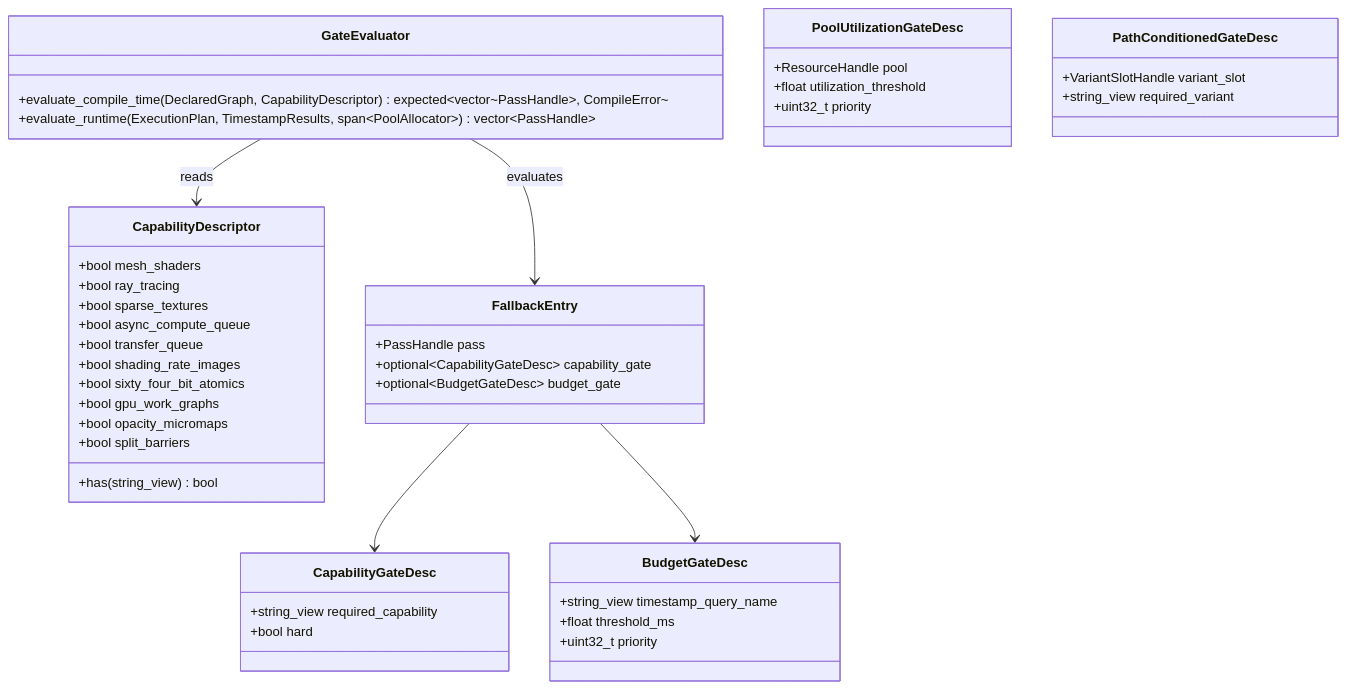
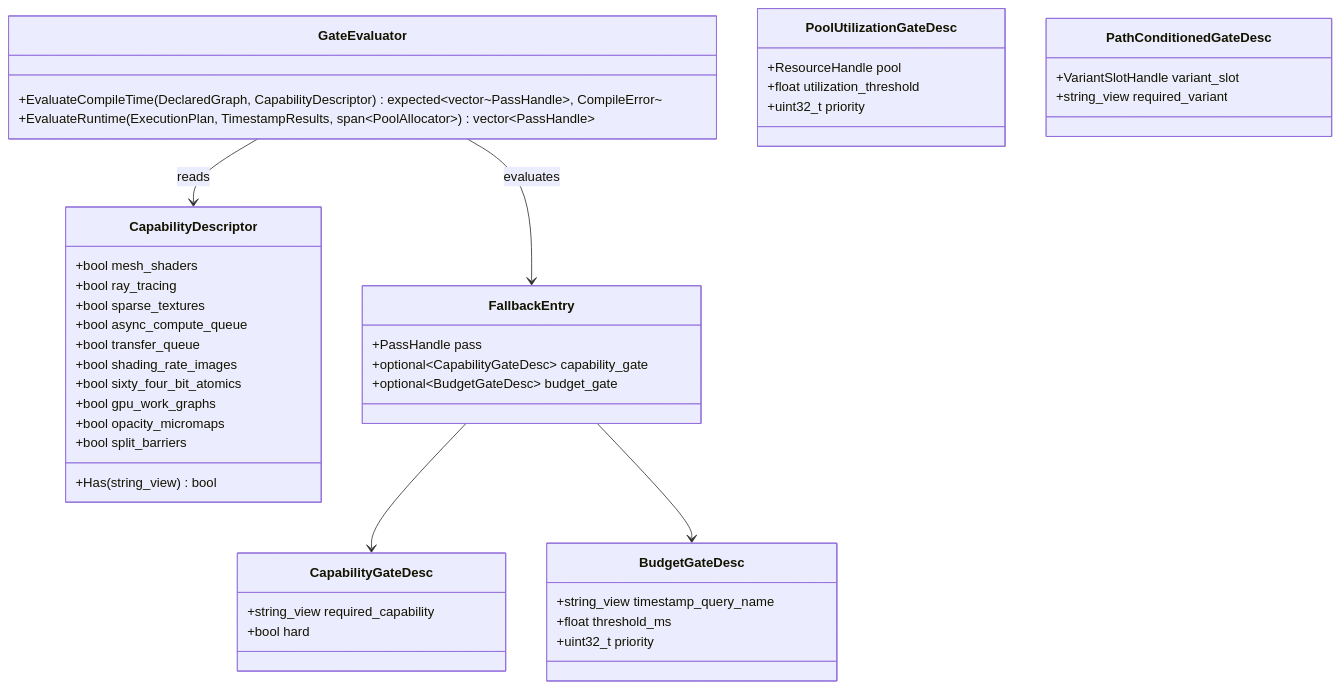
One commit to harmonius-dev/harmonius changed the sixth of 15 diagrams in docs/design/render-graph-classes.md. Above: the diagram before and after it, drawn with Mermaid. The commit also changed other lines of this file and 67 other files, not shown here.

````diff
--- a/docs/design/render-graph-classes.md
+++ b/docs/design/render-graph-classes.md
@@ -559,48 +559,48 @@
 ```mermaid
 classDiagram
     class GateEvaluator {
-        +evaluate_compile_time(DeclaredGraph, CapabilityDescriptor) expected~vector~PassHandle~, CompileError~
-        +evaluate_runtime(ExecutionPlan, TimestampResults, span~PoolAllocator~) vector~PassHandle~
+        +EvaluateCompileTime(DeclaredGraph, CapabilityDescriptor) expected~vector~PassHandle~, CompileError~
+        +EvaluateRuntime(ExecutionPlan, TimestampResults, span~PoolAllocator~) vector~PassHandle~
     }
     class CapabilityDescriptor {
         +bool mesh_shaders
         +bool ray_tracing
         +bool sparse_textures
         +bool async_compute_queue
         +bool transfer_queue
         +bool shading_rate_images
         +bool sixty_four_bit_atomics
         +bool gpu_work_graphs
         +bool opacity_micromaps
         +bool split_barriers
-        +has(string_view) bool
+        +Has(string_view) bool
     }
     class CapabilityGateDesc {
         +string_view required_capability
         +bool hard
     }
     class BudgetGateDesc {
         +string_view timestamp_query_name
         +float threshold_ms
         +uint32_t priority
     }
     class PoolUtilizationGateDesc {
         +ResourceHandle pool
         +float utilization_threshold
         +uint32_t priority
     }
     class FallbackEntry {
         +PassHandle pass
         +optional~CapabilityGateDesc~ capability_gate
         +optional~BudgetGateDesc~ budget_gate
     }
     class PathConditionedGateDesc {
         +VariantSlotHandle variant_slot
         +string_view required_variant
     }
 
     GateEvaluator --> CapabilityDescriptor : reads
     GateEvaluator --> FallbackEntry : evaluates
     FallbackEntry --> CapabilityGateDesc
     FallbackEntry --> BudgetGateDesc
 ```
````
